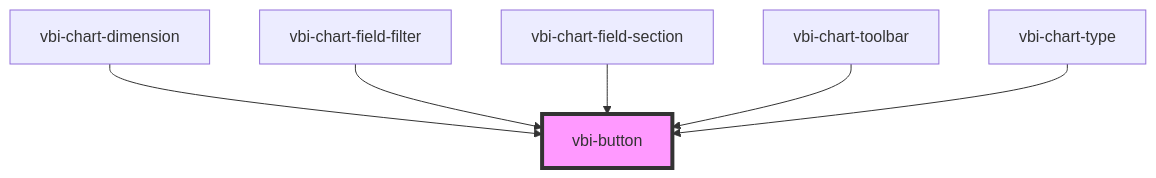
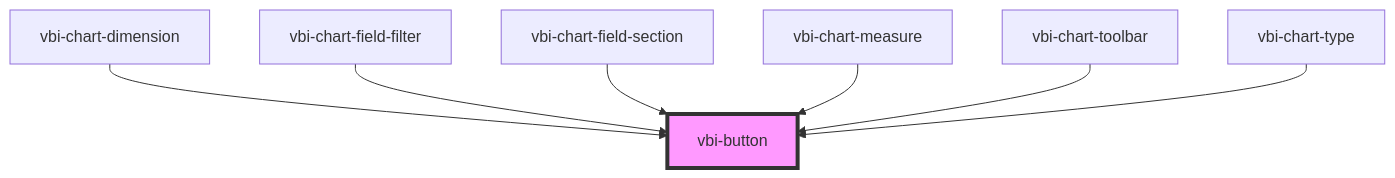
The diagram in packages/vbi-component/src/components/ui/vbi-button/readme.md (Ditto190/VBI-modme), drawn with Mermaid before and after one commit. The commit also changed other lines of this file and 17 other files, not shown here.

Commit message:
feat(chart): add vbi-chart-measure to chart shelf panel

````diff
--- a/packages/vbi-component/src/components/ui/vbi-button/readme.md
+++ b/packages/vbi-component/src/components/ui/vbi-button/readme.md
@@ -30,9 +31,10 @@
 ```mermaid
 graph TD;
   vbi-chart-dimension --> vbi-button
   vbi-chart-field-filter --> vbi-button
   vbi-chart-field-section --> vbi-button
+  vbi-chart-measure --> vbi-button
   vbi-chart-toolbar --> vbi-button
   vbi-chart-type --> vbi-button
   style vbi-button fill:#f9f,stroke:#333,stroke-width:4px
 ```
````
